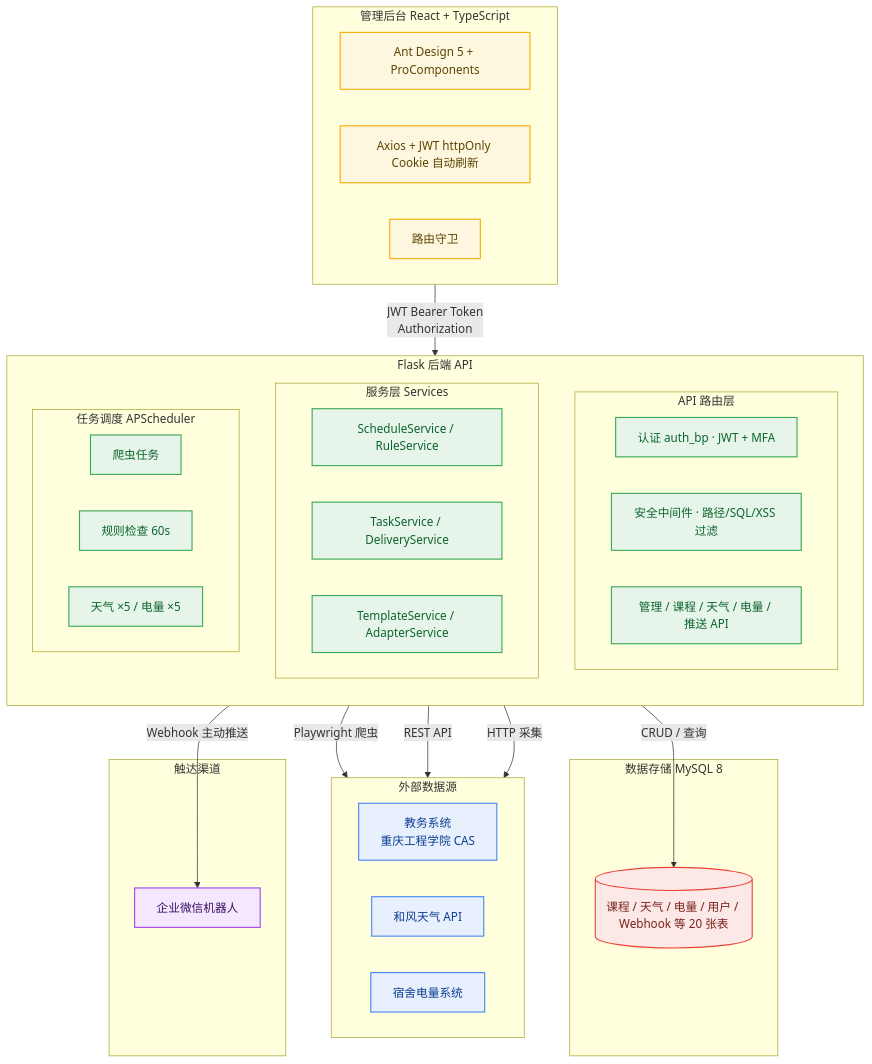
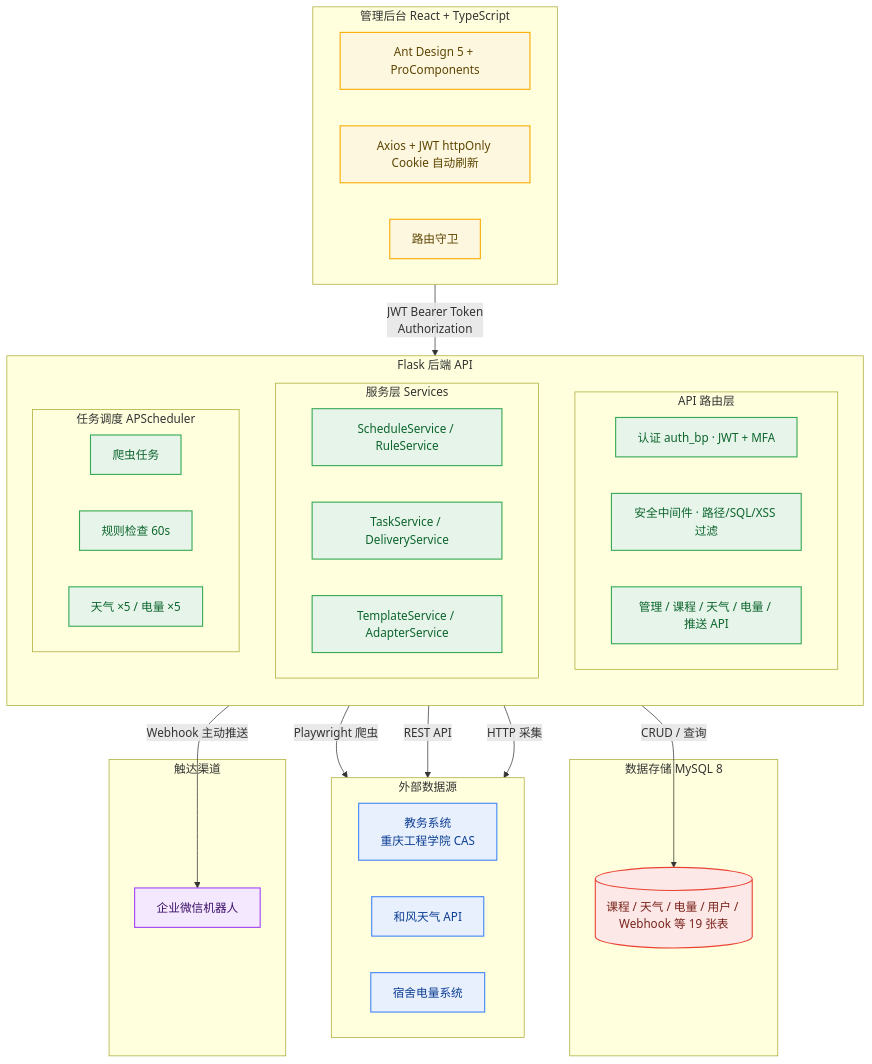
One commit to CherryPainter/campus-info-system changed the first of 9 diagrams in Push_System_Flask/README.md. Above: the diagram before and after it, drawn with Mermaid. The commit also changed other lines of this file, not shown here.

First line of the commit message:
docs: 后端 README 补全目录结构图与架构图（反映 v6.15.0 架构整理）

````diff
--- a/Push_System_Flask/README.md
+++ b/Push_System_Flask/README.md
@@ -91,63 +91,63 @@
 ```mermaid
 flowchart TB
     %% ===== 配色：外部数据源 / 后端 / 存储 / 前端 / 触达 =====
     classDef cExt fill:#E8F0FE,stroke:#4285F4,stroke-width:1.5px,color:#0B3D91;
     classDef cBE  fill:#E6F4EA,stroke:#34A853,stroke-width:1.5px,color:#0D652D;
     classDef cDB  fill:#FCE8E6,stroke:#EA4335,stroke-width:1.5px,color:#7A231C;
     classDef cFE  fill:#FEF7E0,stroke:#F9AB00,stroke-width:1.5px,color:#5C4500;
     classDef cOUT fill:#F3E8FD,stroke:#A142F4,stroke-width:1.5px,color:#3D1068;
 
     subgraph EXT[外部数据源]
         direction LR
         JW[教务系统<br/>重庆工程学院 CAS]
         WX[和风天气 API]
         DZ[宿舍电量系统]
     end
 
     subgraph BE[Flask 后端 API]
         direction TB
         subgraph API[API 路由层]
             A1[认证 auth_bp · JWT + MFA]
             A2[安全中间件 · 路径/SQL/XSS 过滤]
             A3[管理 / 课程 / 天气 / 电量 / 推送 API]
         end
         subgraph SVC[服务层 Services]
             S1[ScheduleService / RuleService]
             S2[TaskService / DeliveryService]
             S3[TemplateService / AdapterService]
         end
         subgraph SCH[任务调度 APScheduler]
             T1[爬虫任务]
             T2[规则检查 60s]
             T3[天气 ×5 / 电量 ×5]
         end
     end
 
     subgraph STORE[数据存储 MySQL 8]
-        DB[(课程 / 天气 / 电量 / 用户 / Webhook 等 20 张表)]
+        DB[(课程 / 天气 / 电量 / 用户 / Webhook 等 19 张表)]
     end
 
     subgraph FE[管理后台 React + TypeScript]
         direction LR
         F1[Ant Design 5 + ProComponents]
         F2[Axios + JWT httpOnly Cookie 自动刷新]
         F3[路由守卫]
     end
 
     subgraph OUT[触达渠道]
         WECOM[企业微信机器人]
     end
 
     FE -->|JWT Bearer Token<br/>Authorization| BE
     BE -->|Playwright 爬虫| JW
     BE -->|REST API| WX
     BE -->|HTTP 采集| DZ
     BE -->|CRUD / 查询| DB
     BE -->|Webhook 主动推送| WECOM
 
     class JW,WX,DZ cExt;
     class A1,A2,A3,S1,S2,S3,T1,T2,T3 cBE;
     class DB cDB;
     class F1,F2,F3 cFE;
     class WECOM cOUT;
 ```
````
